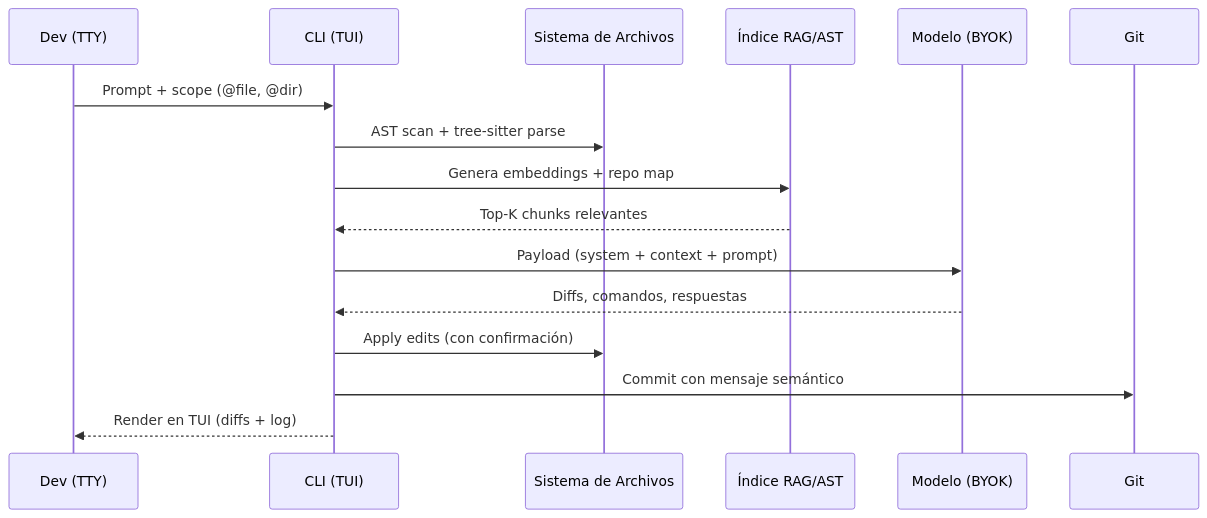
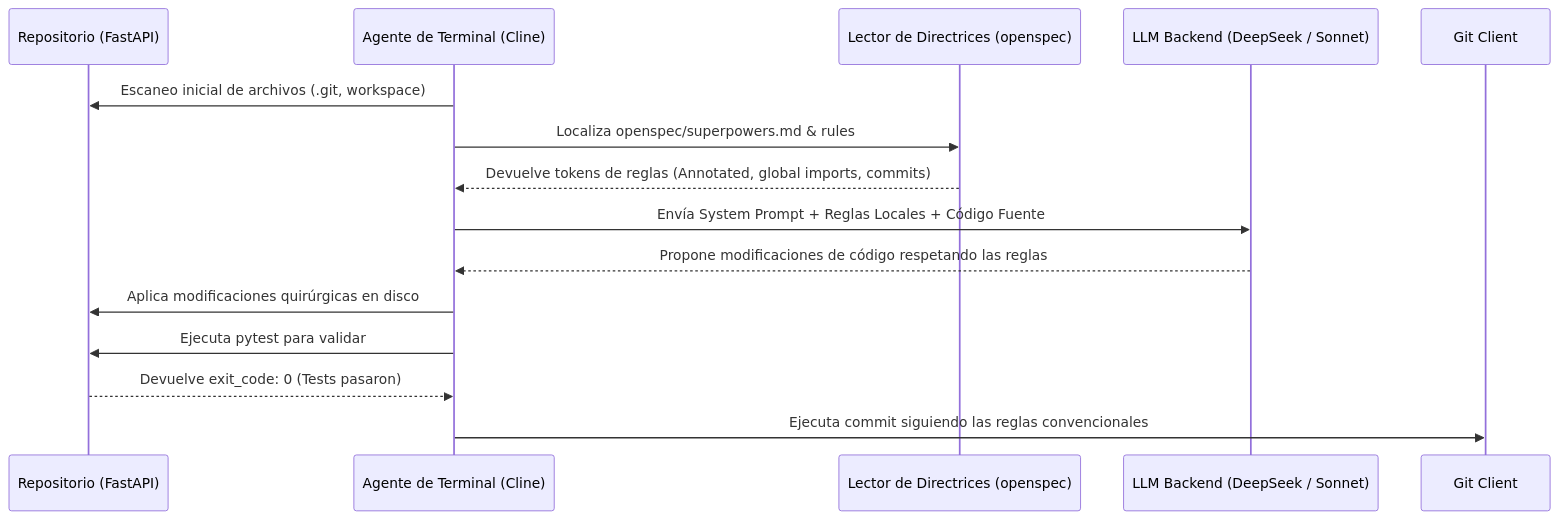
One commit to ArceApps/arceapps.github.io changed the second of 2 diagrams in src/content/blog/es/cli-ai-semifinal-1.md. Above: the diagram before and after it, drawn with Mermaid. The commit also changed other lines of this file and 1 other file, not shown here.

Commit message:
content: rewrite CLI AI Semifinal 1 post in Spanish and English

````diff
--- a/src/content/blog/es/cli-ai-semifinal-1.md
+++ b/src/content/blog/es/cli-ai-semifinal-1.md
@@ -294,18 +468,18 @@
 ```mermaid
 sequenceDiagram
-    participant Dev as Dev (TTY)
-    participant CLI as CLI (TUI)
-    participant FS as Sistema de Archivos
-    participant Index as Índice RAG/AST
-    participant Model as Modelo (BYOK)
-    participant Git as Git
-    Dev->>CLI: Prompt + scope (@file, @dir)
-    CLI->>FS: AST scan + tree-sitter parse
-    CLI->>Index: Genera embeddings + repo map
-    Index-->>CLI: Top-K chunks relevantes
-    CLI->>Model: Payload (system + context + prompt)
-    Model-->>CLI: Diffs, comandos, respuestas
-    CLI->>FS: Apply edits (con confirmación)
-    CLI->>Git: Commit con mensaje semántico
-    CLI-->>Dev: Render en TUI (diffs + log)
+    participant Repo as Repositorio (FastAPI)
+    participant Agent as Agente de Terminal (Cline)
+    participant Parser as Lector de Directrices (openspec)
+    participant Model as LLM Backend (DeepSeek / Sonnet)
+    participant Git as Git Client
+
+    Agent->>Repo: Escaneo inicial de archivos (.git, workspace)
+    Agent->>Parser: Localiza openspec/superpowers.md & rules
+    Parser-->>Agent: Devuelve tokens de reglas (Annotated, global imports, commits)
+    Agent->>Model: Envía System Prompt + Reglas Locales + Código Fuente
+    Model-->>Agent: Propone modificaciones de código respetando las reglas
+    Agent->>Repo: Aplica modificaciones quirúrgicas en disco
+    Agent->>Repo: Ejecuta pytest para validar
+    Repo-->>Agent: Devuelve exit_code: 0 (Tests pasaron)
+    Agent->>Git: Ejecuta commit siguiendo las reglas convencionales
 ```
````
